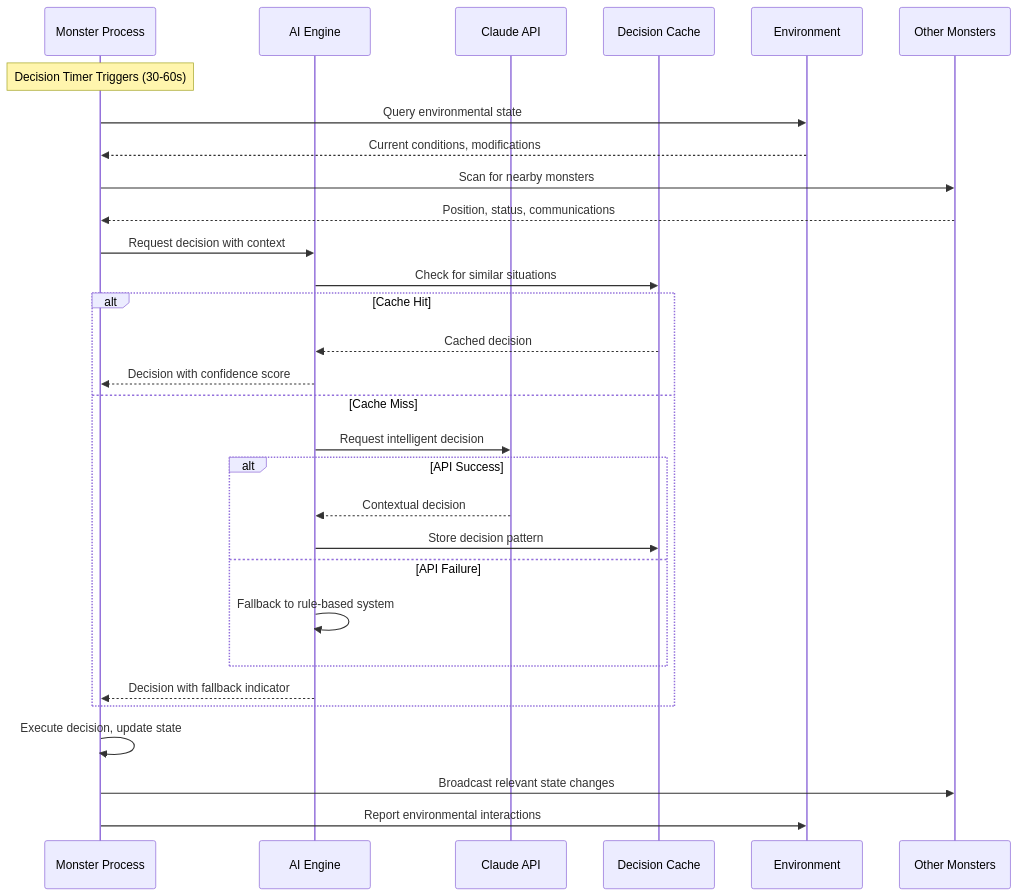
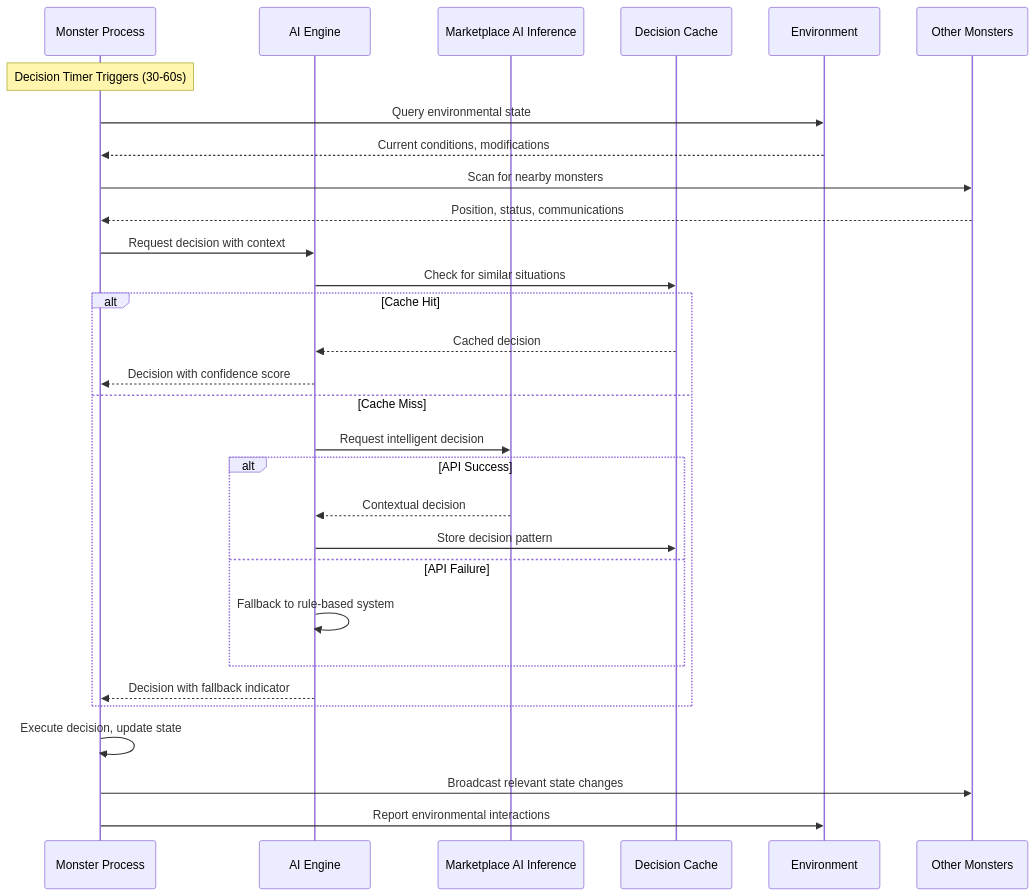
One commit to ALLiDoizCode/PrimalCode changed the third of 7 diagrams in Docs/architecture.md. Above: the diagram before and after it, drawn with Mermaid. The commit also changed other lines of this file and 85 other files, not shown here.

First line of the commit message:
Align documentation and implementation with marketplace architecture

````diff
--- a/Docs/architecture.md
+++ b/Docs/architecture.md
@@ -1119,33 +1119,33 @@
 ```mermaid
 sequenceDiagram
     participant MP as Monster Process
     participant AI as AI Engine
-    participant CLAUDE as Claude API
+    participant CLAUDE as Marketplace AI Inference
     participant CACHE as Decision Cache
     participant ENV as Environment
     participant OTHER as Other Monsters
     
     Note over MP: Decision Timer Triggers (30-60s)
     MP->>ENV: Query environmental state
     ENV-->>MP: Current conditions, modifications
     MP->>OTHER: Scan for nearby monsters
     OTHER-->>MP: Position, status, communications
     MP->>AI: Request decision with context
     AI->>CACHE: Check for similar situations
     alt Cache Hit
         CACHE-->>AI: Cached decision
         AI-->>MP: Decision with confidence score
     else Cache Miss
         AI->>CLAUDE: Request intelligent decision
         alt API Success
             CLAUDE-->>AI: Contextual decision
             AI->>CACHE: Store decision pattern
         else API Failure
             AI->>AI: Fallback to rule-based system
         end
         AI-->>MP: Decision with fallback indicator
     end
     MP->>MP: Execute decision, update state
     MP->>OTHER: Broadcast relevant state changes
     MP->>ENV: Report environmental interactions
 ```
````
